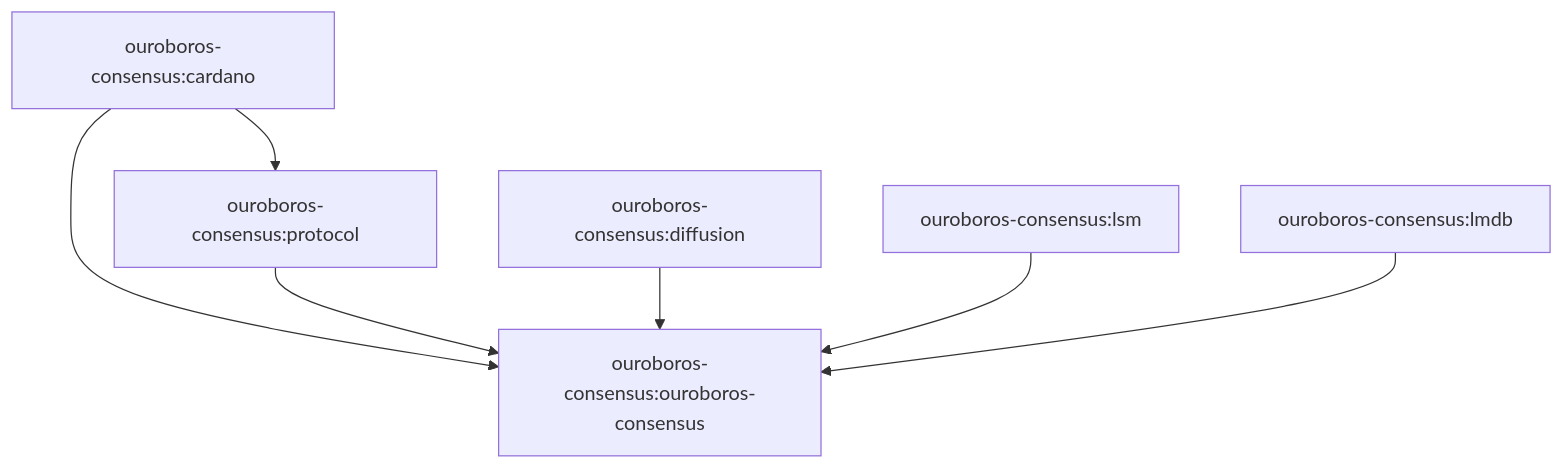
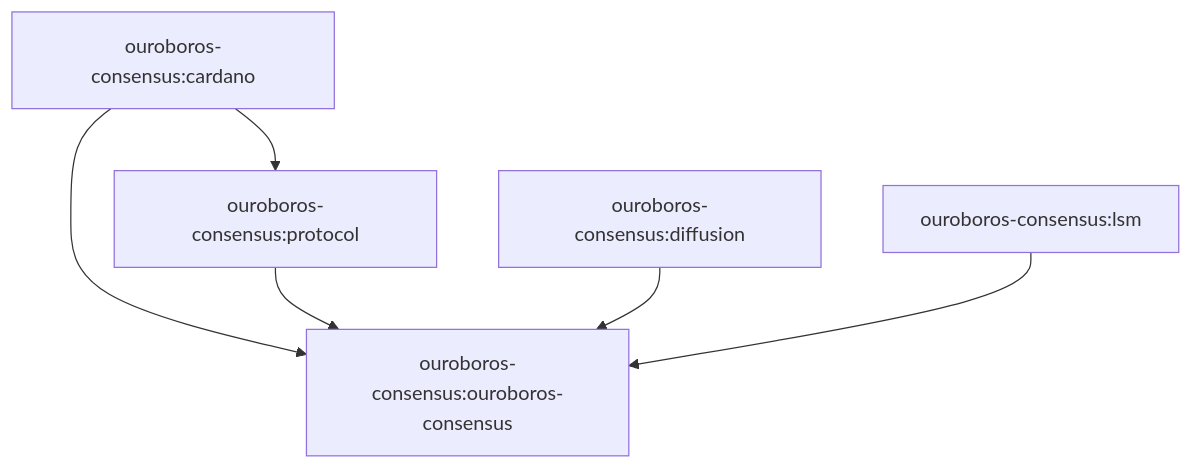
One commit to IntersectMBO/ouroboros-consensus changed the diagram in README.md. Above: the diagram before and after it, drawn with Mermaid. The commit also changed other lines of this file, not shown here.

````diff
--- a/README.md
+++ b/README.md
@@ -12,9 +12,8 @@
 ``` mermaid
 flowchart TD
     A["ouroboros-consensus:cardano"] --> B["ouroboros-consensus:protocol"]
     A --> C["ouroboros-consensus:ouroboros-consensus"]
     B --> C
     D["ouroboros-consensus:diffusion"] --> C
     E["ouroboros-consensus:lsm"] --> C
-    F["ouroboros-consensus:lmdb"] --> C
 ```
````
